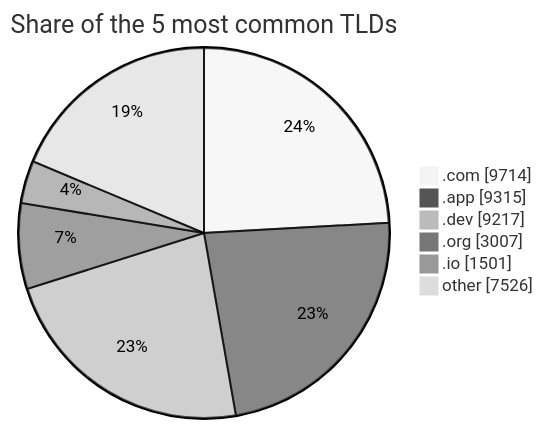
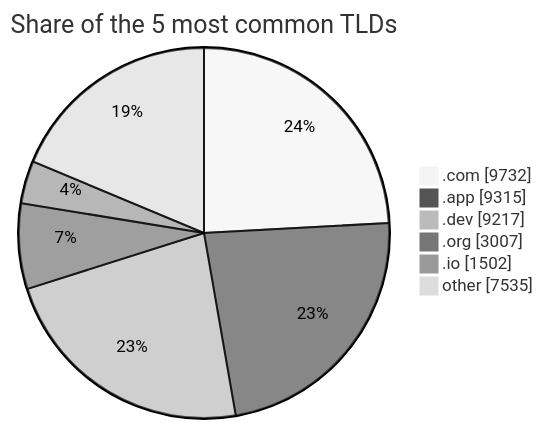
The second of 2 diagrams in README.md (DNSBunker/CTI), drawn with Mermaid (neutral theme) before and after one commit. The commit also changed other lines of this file and 3 other files, not shown here.

````diff
--- a/README.md
+++ b/README.md
@@ -72,9 +72,9 @@
 ```mermaid
 pie showData title Share of the 5 most common TLDs
-    ".com" : 9714
+    ".com" : 9732
     ".app" : 9315
     ".dev" : 9217
     ".org" : 3007
-    ".io" : 1501
-    "other" : 7526
+    ".io" : 1502
+    "other" : 7535
 ```
````
